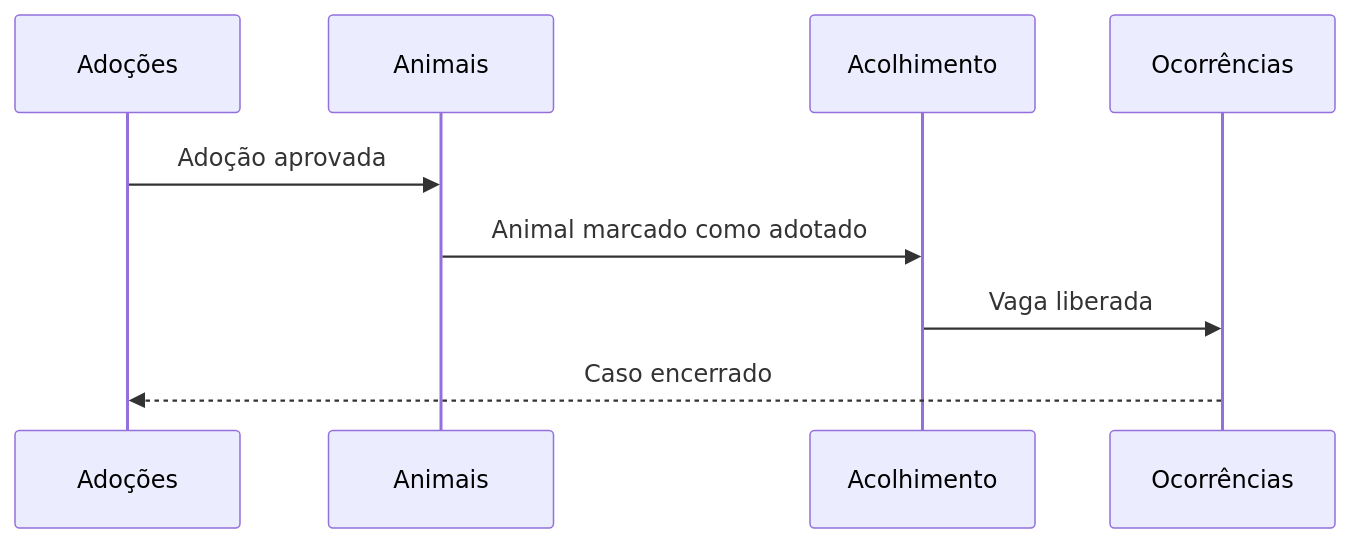
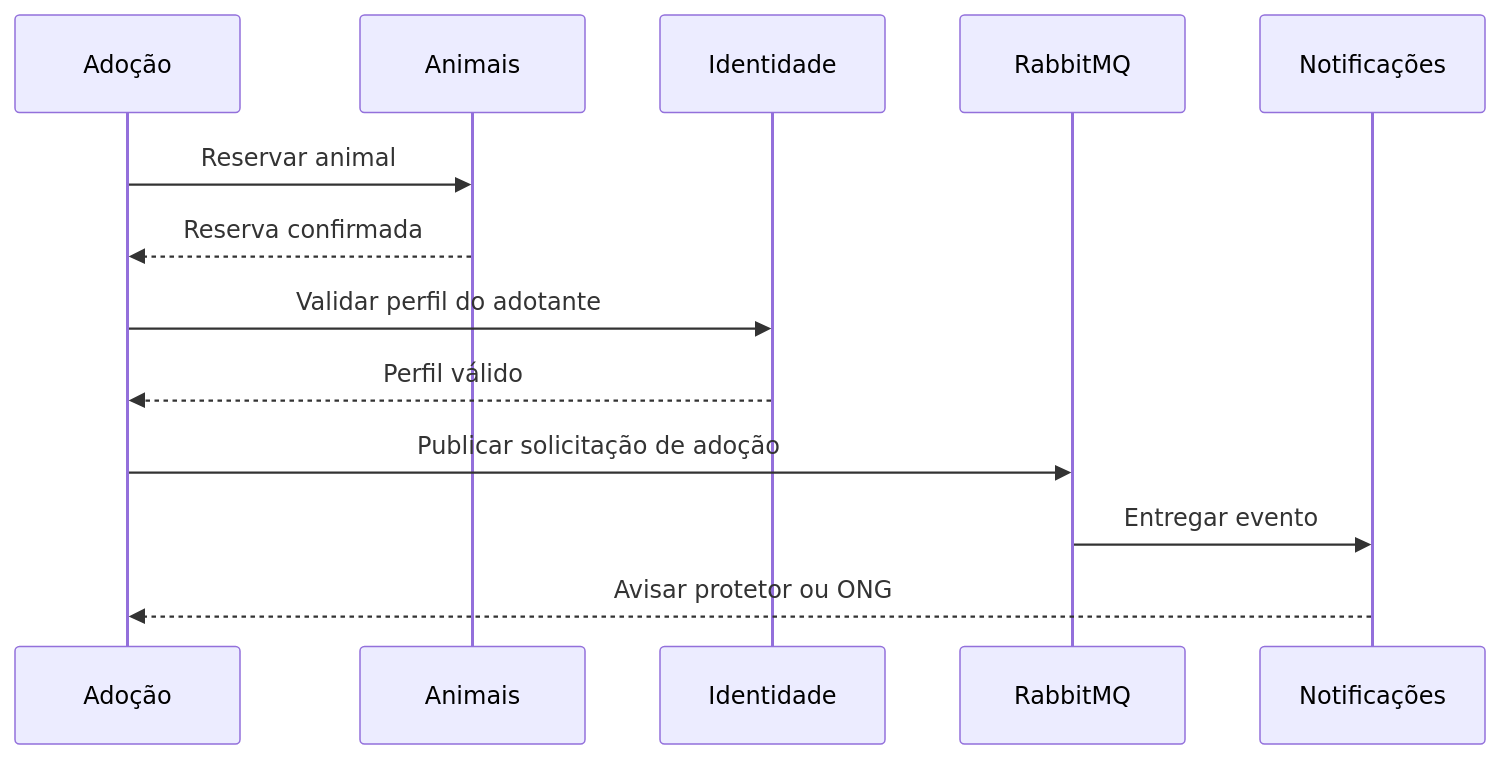
Before and after one commit to gxbreus/ampara: the second of 2 diagrams in docs/arquitetura.md, drawn with Mermaid. The commit also changed other lines of this file and 6 other files, not shown here.

````diff
--- a/docs/arquitetura.md
+++ b/docs/arquitetura.md
@@ -57,12 +58,16 @@
 ```mermaid
 sequenceDiagram
-    participant A as Adoções
+    participant A as Adoção
     participant AN as Animais
-    participant AC as Acolhimento
-    participant O as Ocorrências
+    participant I as Identidade
+    participant R as RabbitMQ
+    participant N as Notificações
 
-    A->>AN: Adoção aprovada
-    AN->>AC: Animal marcado como adotado
-    AC->>O: Vaga liberada
-    O-->>A: Caso encerrado
+    A->>AN: Reservar animal
+    AN-->>A: Reserva confirmada
+    A->>I: Validar perfil do adotante
+    I-->>A: Perfil válido
+    A->>R: Publicar solicitação de adoção
+    R->>N: Entregar evento
+    N-->>A: Avisar protetor ou ONG
 ```
````
